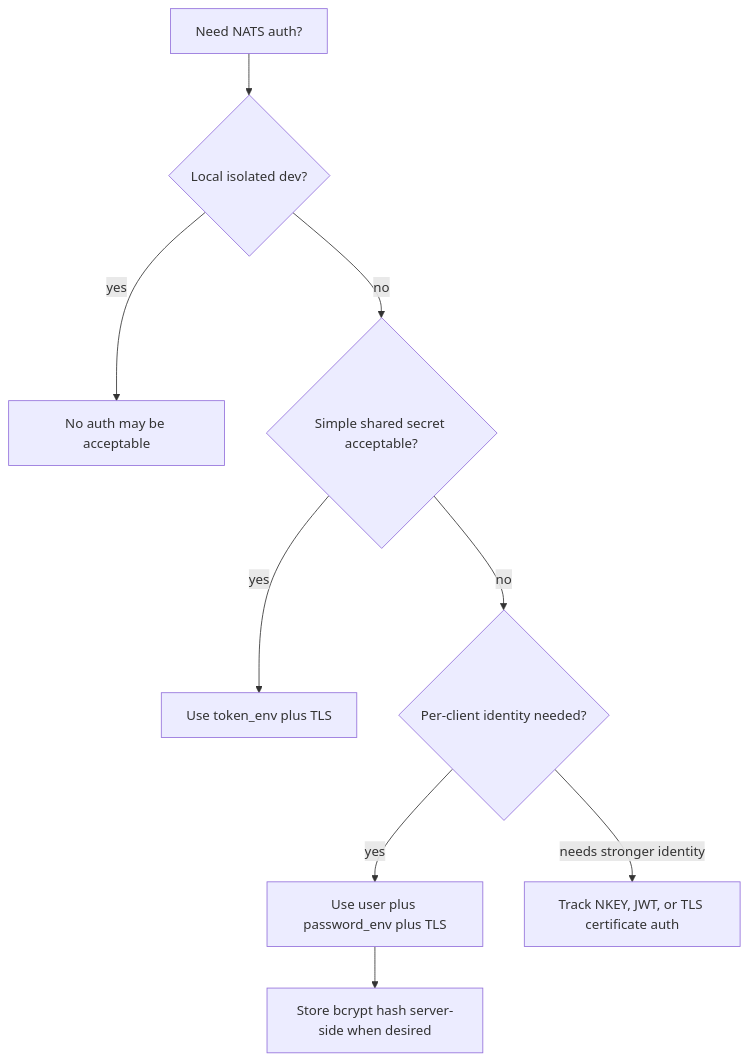
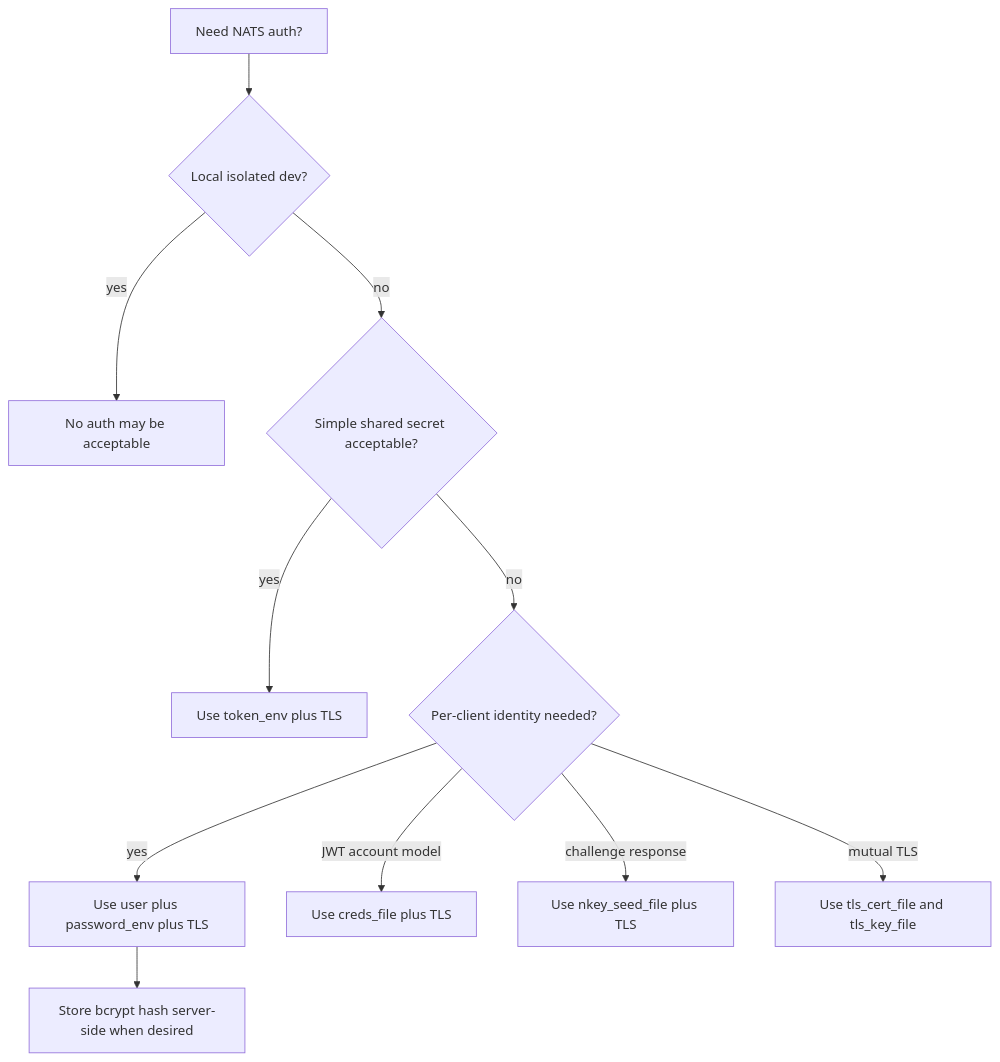
One commit to ProjectCuillin/nats-sinks changed the third of 3 diagrams in docs/nats-connections.md. Above: the diagram before and after it, drawn with Mermaid. The commit also changed other lines of this file and 21 other files, not shown here.

````diff
--- a/docs/nats-connections.md
+++ b/docs/nats-connections.md
@@ -413,11 +493,13 @@
 ```mermaid
 flowchart TD
     Start[Need NATS auth?] --> Local{Local isolated dev?}
     Local -->|yes| NoAuth[No auth may be acceptable]
     Local -->|no| Simple{Simple shared secret acceptable?}
     Simple -->|yes| Token[Use token_env plus TLS]
     Simple -->|no| UserPass{Per-client identity needed?}
     UserPass -->|yes| Password[Use user plus password_env plus TLS]
     Password --> Bcrypt[Store bcrypt hash server-side when desired]
-    UserPass -->|needs stronger identity| Roadmap[Track NKEY, JWT, or TLS certificate auth]
+    UserPass -->|JWT account model| Creds[Use creds_file plus TLS]
+    UserPass -->|challenge response| Nkey[Use nkey_seed_file plus TLS]
+    UserPass -->|mutual TLS| Mtls[Use tls_cert_file and tls_key_file]
 ```
````
